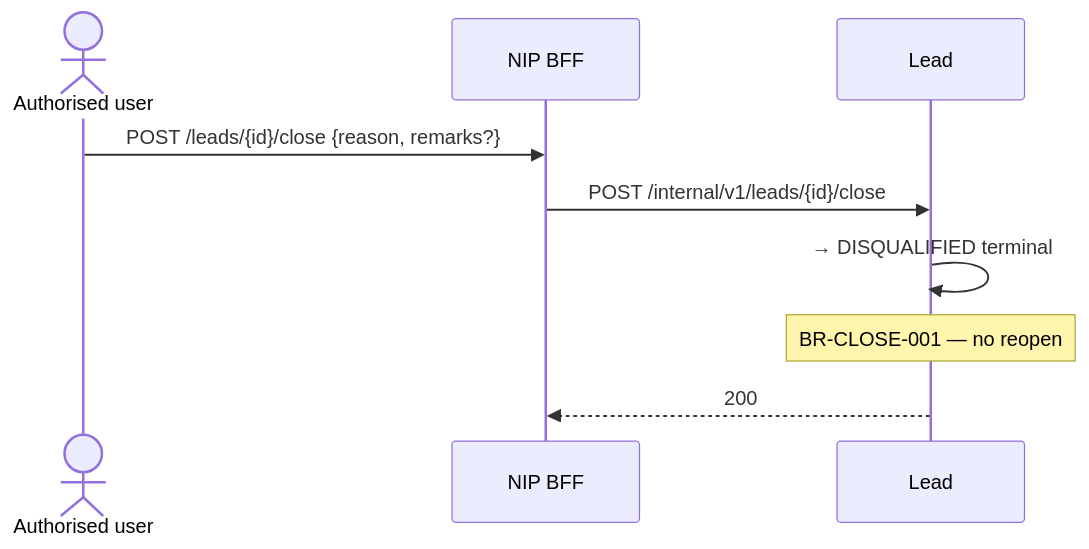
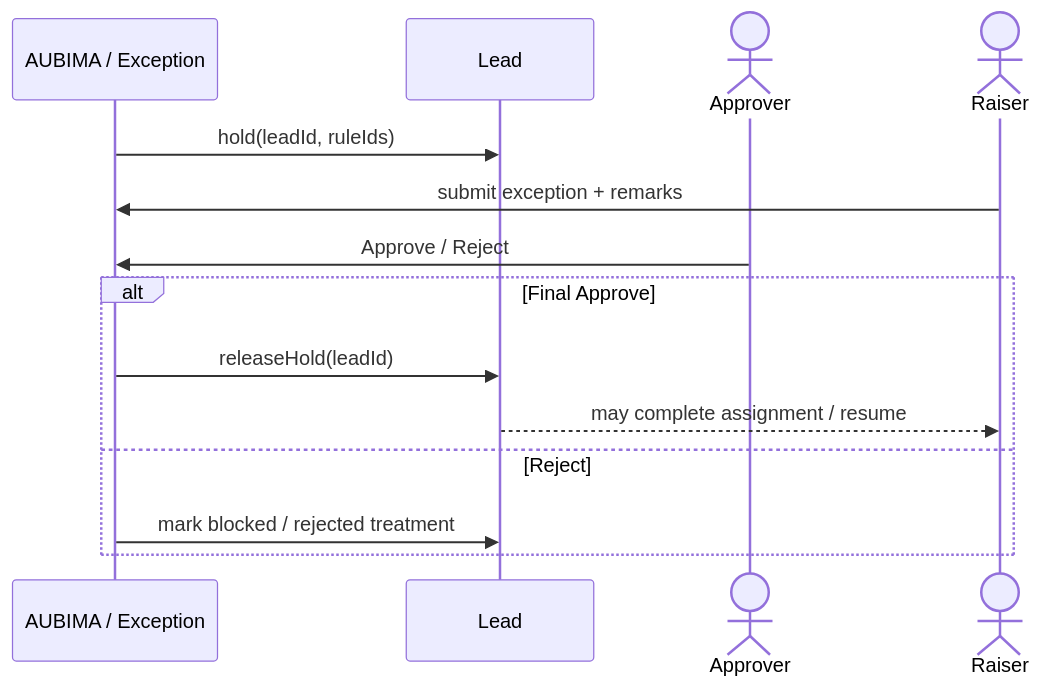
The third of 3 diagrams in docs/platform/ws3-platform/11-lead-module-sequences.md (Mahesh38/bank-insurance-platform), drawn with Mermaid before and after one commit. The commit also changed other lines of this file and 11 other files, not shown here.

First line of the commit message:
docs(ws3): D-019 create-then-assign Lead flow with validation seam

````diff
--- a/docs/platform/ws3-platform/11-lead-module-sequences.md
+++ b/docs/platform/ws3-platform/11-lead-module-sequences.md
@@ -193,12 +105,17 @@
 ```mermaid
 sequenceDiagram
-  actor User as Authorised user
-  participant BFF as NIP BFF
+  participant VAL as AUBIMA / Exception
   participant LED as Lead #5
+  actor Mgr as Approver
+  actor User as Raiser
 
-  User->>BFF: POST /leads/{id}/close {reason, remarks?}
-  BFF->>LED: POST /internal/v1/leads/{id}/close
-  LED->>LED: → DISQUALIFIED terminal
-  Note over LED: BR-CLOSE-001 — no reopen
-  LED-->>BFF: 200
+  VAL->>LED: hold(leadId, ruleIds)
+  User->>VAL: submit exception + remarks
+  Mgr->>VAL: Approve / Reject
+  alt Final Approve
+    VAL->>LED: releaseHold(leadId)
+    LED-->>User: may complete assignment / resume
+  else Reject
+    VAL->>LED: mark blocked / rejected treatment
+  end
 ```
````
